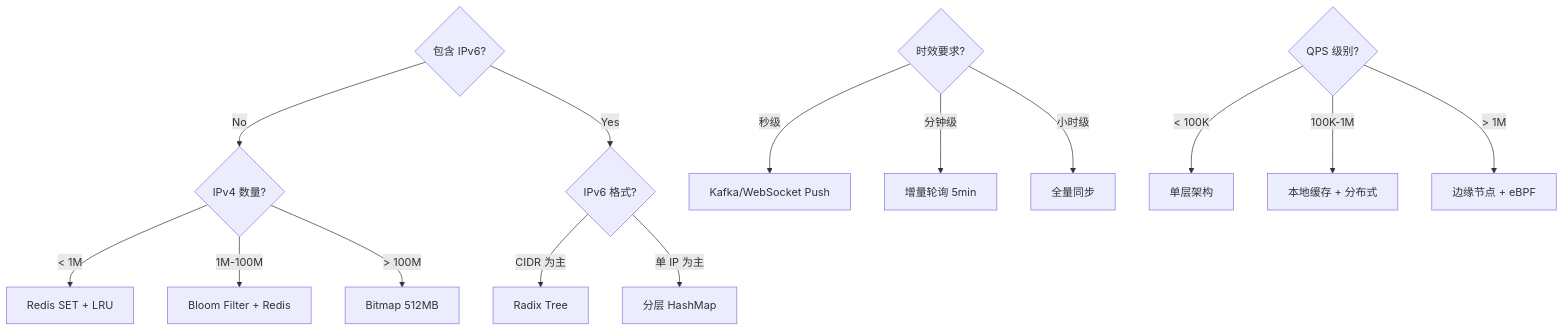
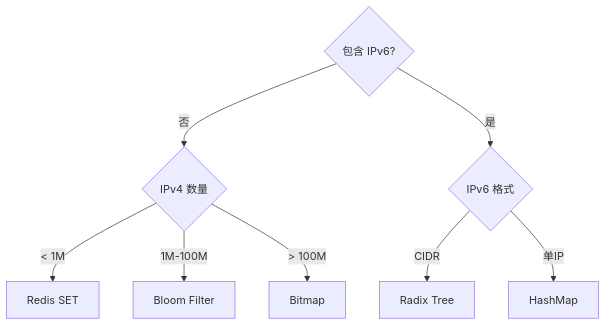
One commit to jpixy/jpixy.github.io changed the fifth of 5 diagrams in content/articles/system-design/sd-14-IP封禁系统设计.md. Above: the diagram before and after it, drawn with Mermaid. The commit also changed other lines of this file and 1 other file, not shown here.

First line of the commit message:
fix: simplify Mermaid diagrams and improve CSS

````diff
--- a/content/articles/system-design/sd-14-IP封禁系统设计.md
+++ b/content/articles/system-design/sd-14-IP封禁系统设计.md
@@ -1372,20 +1078,10 @@
 ```mermaid
 graph TD
-    Q1{包含 IPv6?} -->|No| Q2{IPv4 数量?}
-    Q1 -->|Yes| Q3{IPv6 格式?}
-    
-    Q2 -->|< 1M| S1[Redis SET + LRU]
-    Q2 -->|1M-100M| S2[Bloom Filter + Redis]
-    Q2 -->|> 100M| S3[Bitmap 512MB]
-    
-    Q3 -->|CIDR 为主| S4[Radix Tree]
-    Q3 -->|单 IP 为主| S5[分层 HashMap]
-    
-    Q4{时效要求?} -->|秒级| S6[Kafka/WebSocket Push]
-    Q4 -->|分钟级| S7[增量轮询 5min]
-    Q4 -->|小时级| S8[全量同步]
-    
-    Q5{QPS 级别?} -->|< 100K| S9[单层架构]
-    Q5 -->|100K-1M| S10[本地缓存 + 分布式]
-    Q5 -->|> 1M| S11[边缘节点 + eBPF]
+    A{包含 IPv6?} -->|否| B{IPv4 数量}
+    A -->|是| C{IPv6 格式}
+    B -->|< 1M| D[Redis SET]
+    B -->|1M-100M| E[Bloom Filter]
+    B -->|> 100M| F[Bitmap]
+    C -->|CIDR| G[Radix Tree]
+    C -->|单IP| H[HashMap]
 ```
````
